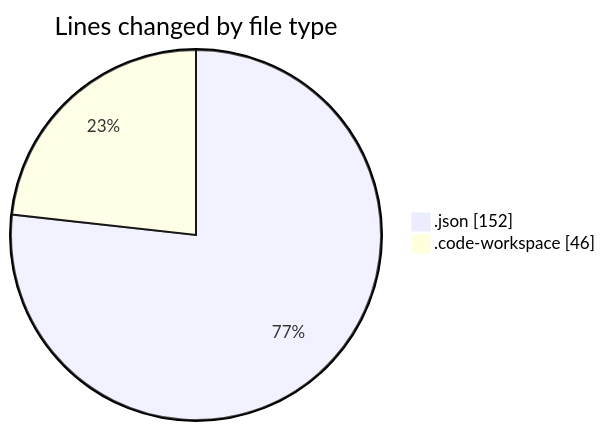
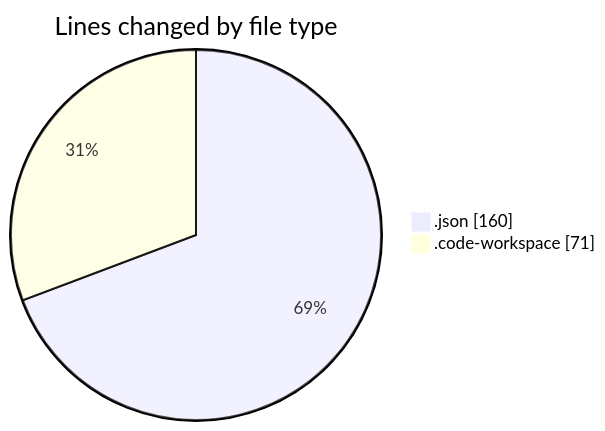
Before and after one commit to jadenblack/code-tracking: the first of 2 diagrams in 2026-02-26/shadcn-admin-kit-main__workspace_/README.md, drawn with Mermaid. The commit also changed other lines of this file and 1 other file, not shown here.

````diff
--- a/2026-02-26/shadcn-admin-kit-main__workspace_/README.md
+++ b/2026-02-26/shadcn-admin-kit-main__workspace_/README.md
@@ -22,6 +22,6 @@
 ```mermaid
 pie showData
 title Lines changed by file type
-".json" : 152
-".code-workspace" : 46
+".json" : 160
+".code-workspace" : 71
 ```
````
